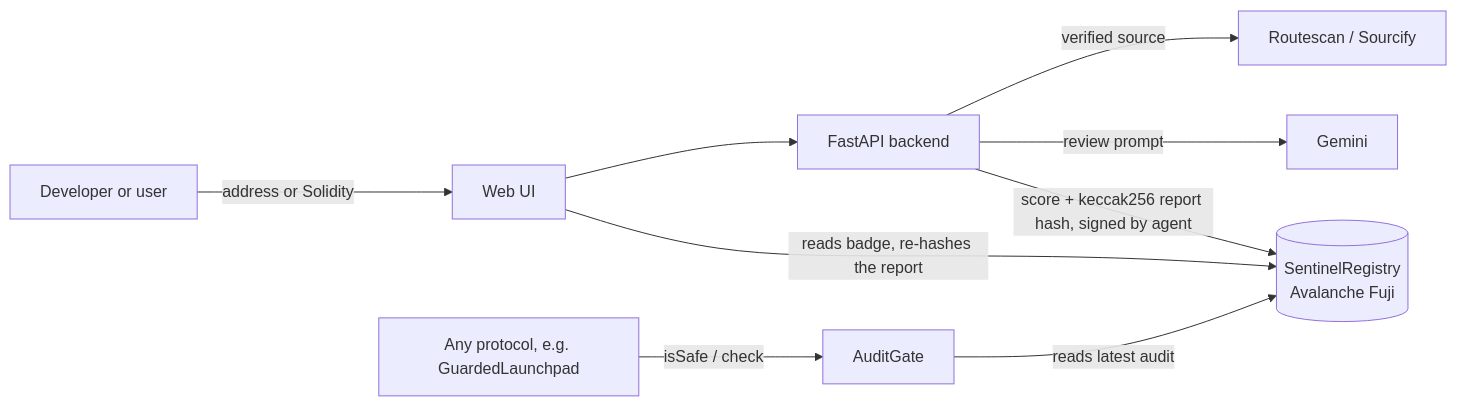
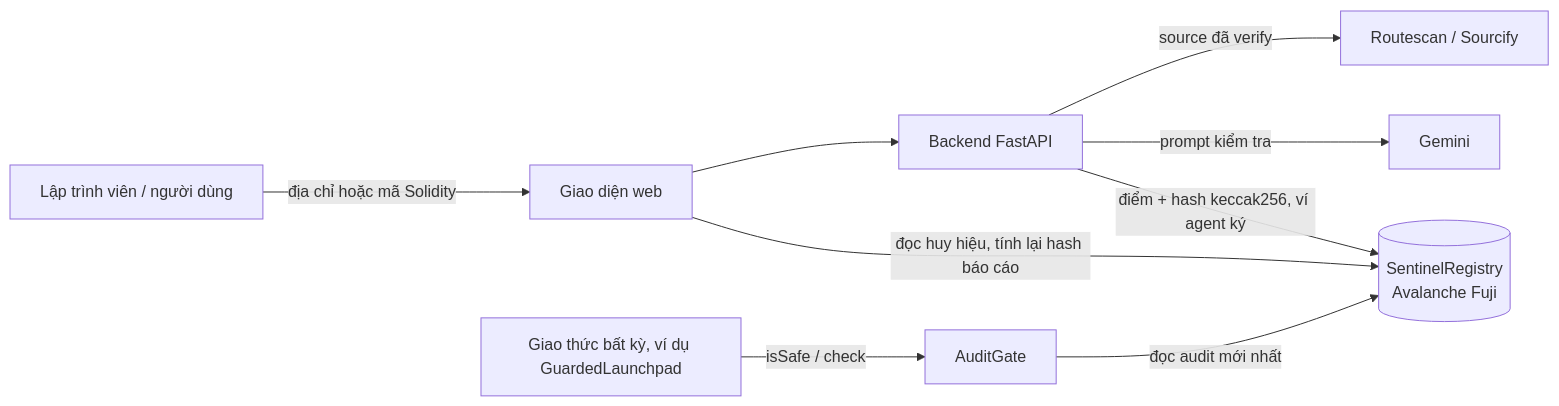
Before and after one commit to vamosaceclutch/Sentinel-Agent: the diagram in README.md, drawn with Mermaid. The commit also changed other lines of this file and 2 other files, not shown here.

````diff
--- a/README.md
+++ b/README.md
@@ -12,11 +14,11 @@
 ```mermaid
 flowchart LR
-  U[Developer or user] -->|address or Solidity| UI[Web UI]
-  UI --> API[FastAPI backend]
-  API -->|verified source| EX[Routescan / Sourcify]
-  API -->|review prompt| AI[Gemini]
-  API -->|score + keccak256 report hash, signed by agent| REG[(SentinelRegistry<br/>Avalanche Fuji)]
-  GATE[AuditGate] -->|reads latest audit| REG
-  APP[Any protocol, e.g. GuardedLaunchpad] -->|isSafe / check| GATE
-  UI -->|reads badge, re-hashes the report| REG
+  U[Lập trình viên / người dùng] -->|địa chỉ hoặc mã Solidity| UI[Giao diện web]
+  UI --> API[Backend FastAPI]
+  API -->|source đã verify| EX[Routescan / Sourcify]
+  API -->|prompt kiểm tra| AI[Gemini]
+  API -->|điểm + hash keccak256, ví agent ký| REG[(SentinelRegistry<br/>Avalanche Fuji)]
+  GATE[AuditGate] -->|đọc audit mới nhất| REG
+  APP[Giao thức bất kỳ, ví dụ GuardedLaunchpad] -->|isSafe / check| GATE
+  UI -->|đọc huy hiệu, tính lại hash báo cáo| REG
 ```
````
